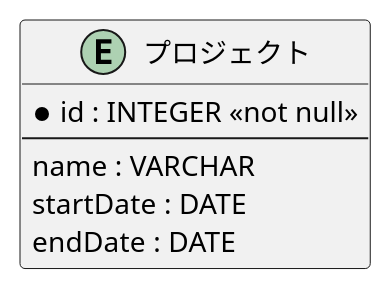
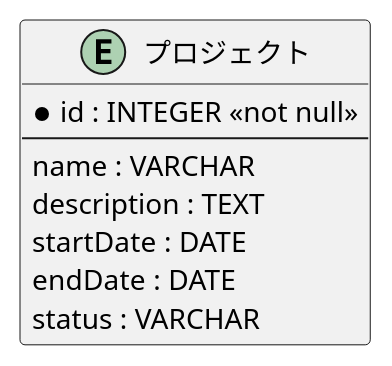
The diagram in .agents/guidelines/rdra/rdra-tm-phase3.guidelines.md (mizo432/modulith-learning), drawn with PlantUML before and after one commit. The commit also changed other lines of this file and 36 other files, not shown here.

````diff
--- a/.agents/guidelines/rdra/rdra-tm-phase3.guidelines.md
+++ b/.agents/guidelines/rdra/rdra-tm-phase3.guidelines.md
@@ -44,9 +62,13 @@
 ```plantuml
+@startuml
 entity "プロジェクト" as Project {
   * id : INTEGER <<not null>>
   --
   name : VARCHAR
+  description : TEXT
   startDate : DATE
   endDate : DATE
+  status : VARCHAR
 }
+@enduml
 ```
````
